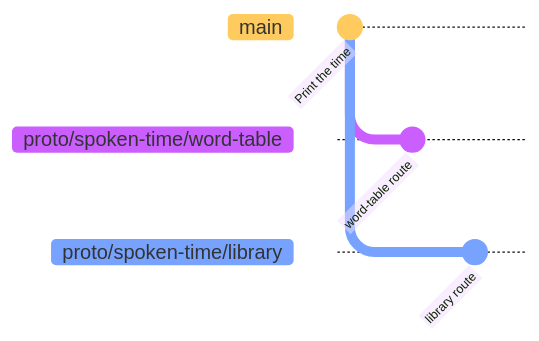
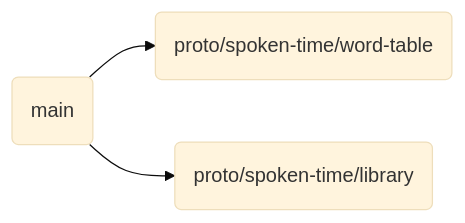
The diagram in wiki/Your-first-prototype.md (JoshuaHayesWasHere/jstack), drawn with Mermaid (base theme) before and after one commit. The commit also changed other lines of this file and 7 other files, not shown here.

Commit message:
Wiki diagrams explain only the skills, never cross a line, and fit GitHub's viewer in light and dark mode

````diff
--- a/wiki/Your-first-prototype.md
+++ b/wiki/Your-first-prototype.md
@@ -48,9 +48,6 @@
 ```mermaid
-gitGraph
-    commit id: "Print the time"
-    branch "proto/spoken-time/word-table"
-    commit id: "word-table route"
-    checkout main
-    branch "proto/spoken-time/library"
-    commit id: "library route"
+%%{init: {"flowchart": {"wrappingWidth": 400}}}%%
+flowchart LR
+    main("main") --> a("proto/spoken-time/word-table")
+    main --> b("proto/spoken-time/library")
 ```
````
